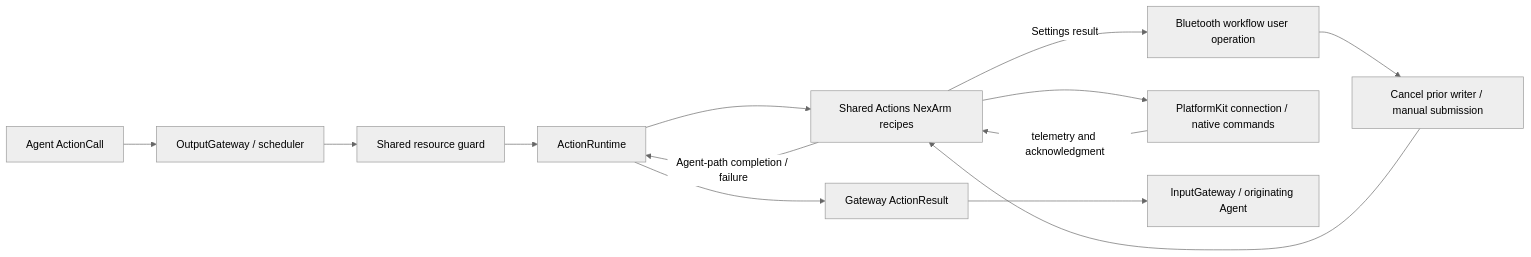
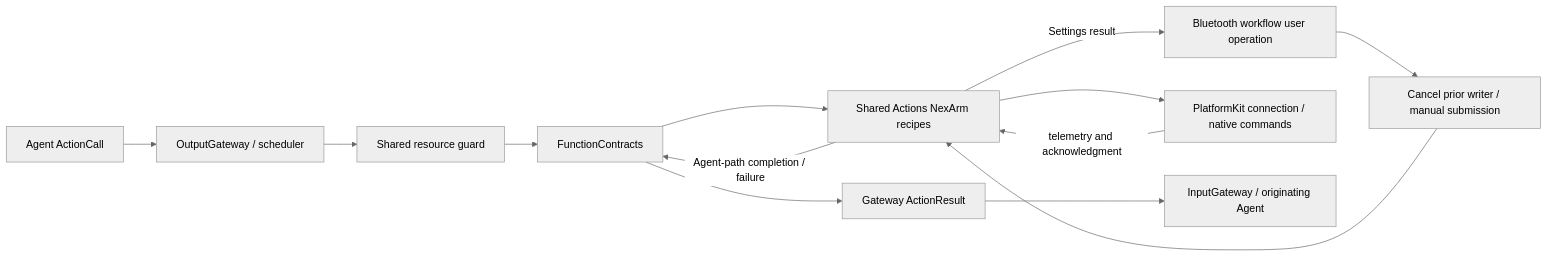
Diagram 12 of 15 in MobileHarness/README.md (devilyouwei/MobileHarness), drawn with Mermaid (neutral theme) before and after one commit. The commit also changed other lines of this file and 238 other files, not shown here.

````diff
--- a/MobileHarness/README.md
+++ b/MobileHarness/README.md
@@ -617,15 +637,15 @@
 ```mermaid
 flowchart LR
     Agent[Agent ActionCall] --> Gateway[OutputGateway / scheduler]
     Gateway --> AgentFence[Shared resource guard]
-    AgentFence --> Runtime[ActionRuntime]
+    AgentFence --> Runtime[FunctionContracts]
     Runtime --> Actions
     Settings[Bluetooth workflow user operation] --> Manual[Cancel prior writer / manual submission]
     Manual --> Actions[Shared Actions NexArm recipes]
     Actions --> Platform[PlatformKit connection / native commands]
     Platform -->|telemetry and acknowledgment| Actions
     Actions -->|Agent-path completion / failure| Runtime
     Actions -->|Settings result| Settings
     Runtime --> Results[Gateway ActionResult]
     Results --> Input[InputGateway / originating Agent]
 ```
````
